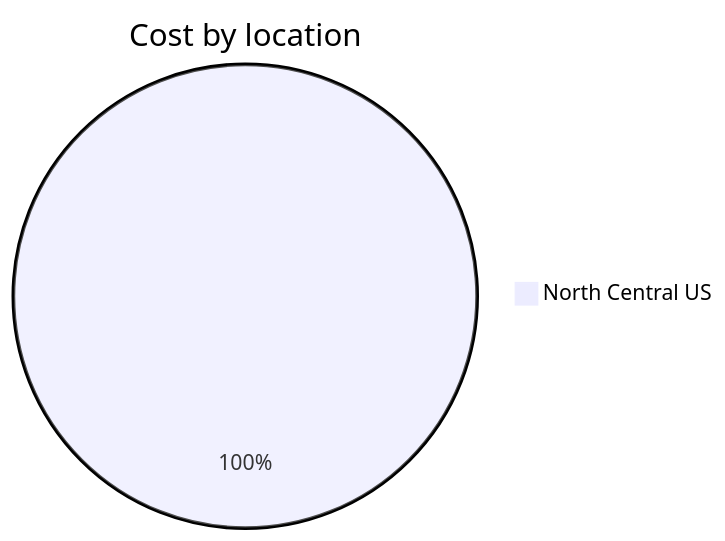
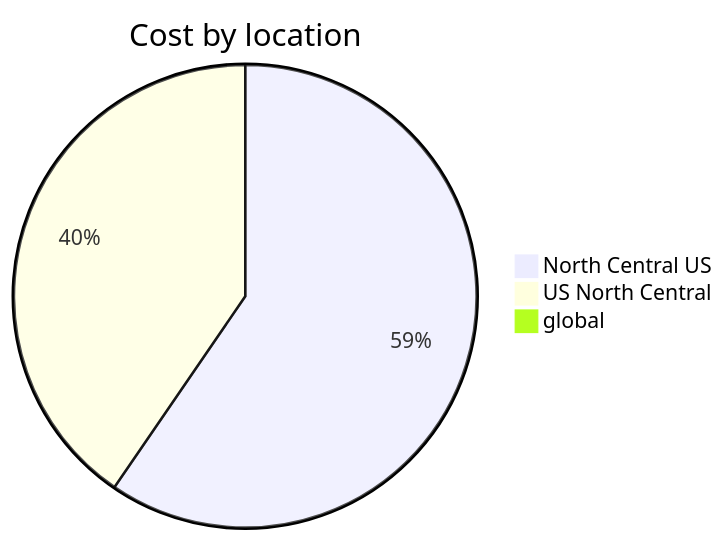
The third of 4 diagrams in cost-reports/personal-network/README.md (jpfulton/azure-personal-reports), drawn with Mermaid before and after one commit. The commit also changed other lines of this file and 8 other files, not shown here.

````diff
--- a/cost-reports/personal-network/README.md
+++ b/cost-reports/personal-network/README.md
@@ -105,5 +115,7 @@
 ```mermaid
 pie
    title Cost by location
-   "North Central US" : 0.09
+   "North Central US" : 0.81
+   "US North Central" : 0.55
+   "global" : 0.01
 ```
````
